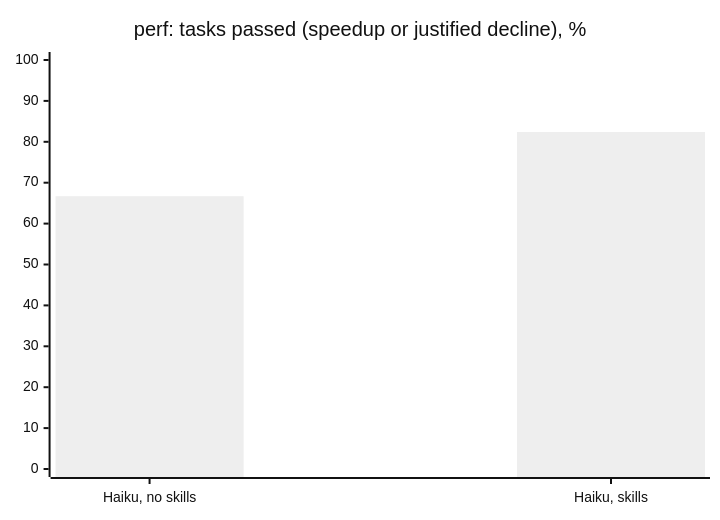
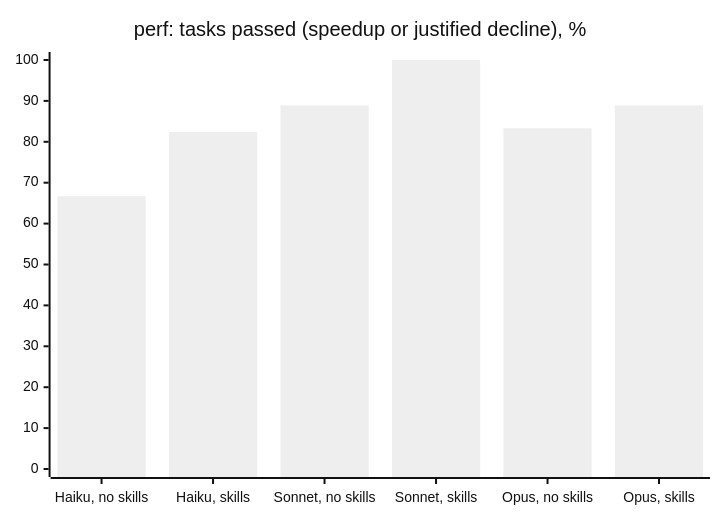
Before and after one commit to h0rn3t/golang-skills: the sixth of 7 diagrams in README.md, drawn with Mermaid (neutral theme). The commit also changed other lines of this file and 2 other files, not shown here.

````diff
--- a/README.md
+++ b/README.md
@@ -299,7 +301,7 @@
 ```mermaid
 xychart-beta
   title "perf: tasks passed (speedup or justified decline), %"
-  x-axis ["Haiku, no skills", "Haiku, skills"]
+  x-axis ["Haiku, no skills", "Haiku, skills", "Sonnet, no skills", "Sonnet, skills", "Opus, no skills", "Opus, skills"]
   y-axis 0 --> 100
-  bar [66.7, 82.4]
+  bar [66.7, 82.4, 88.9, 100.0, 83.3, 88.9]
 ```
````
